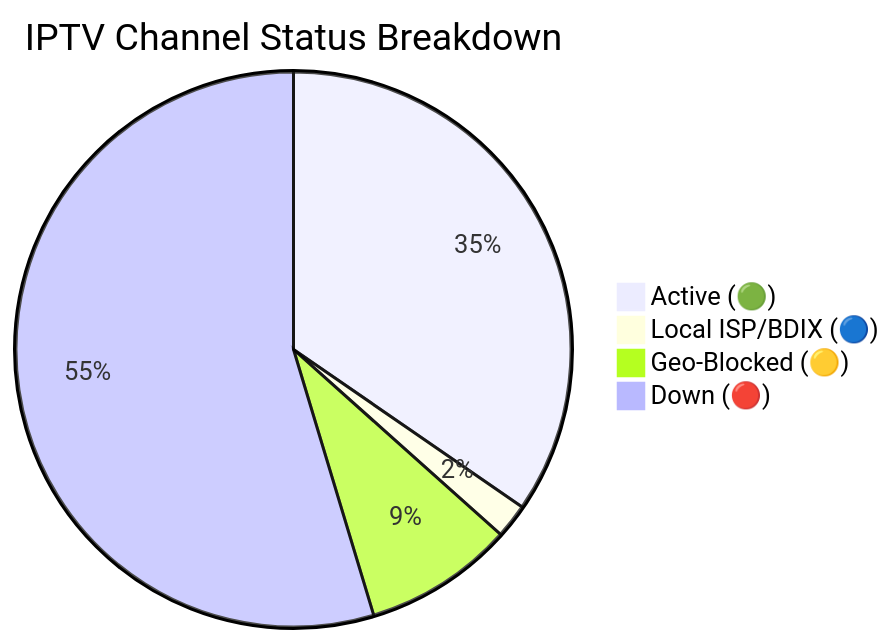
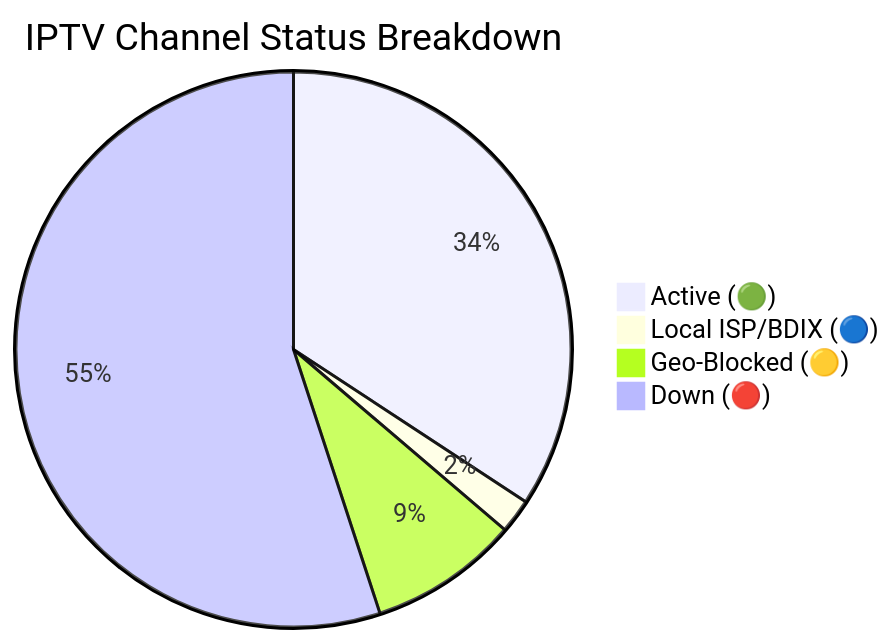
The diagram in README.md (andreataylord/Ip-tv-Collection), drawn with Mermaid before and after one commit. The commit also changed other lines of this file and 1 other file, not shown here.

Commit message:
docs(readme): auto-update daily channel status chart

````diff
--- a/README.md
+++ b/README.md
@@ -59,7 +59,7 @@
 ```mermaid
 pie title IPTV Channel Status Breakdown
-    "Active (🟢)" : 2214
+    "Active (🟢)" : 2191
     "Local ISP/BDIX (🔵)" : 128
-    "Geo-Blocked (🟡)" : 559
-    "Down (🔴)" : 3498
+    "Geo-Blocked (🟡)" : 558
+    "Down (🔴)" : 3522
 ```
````
